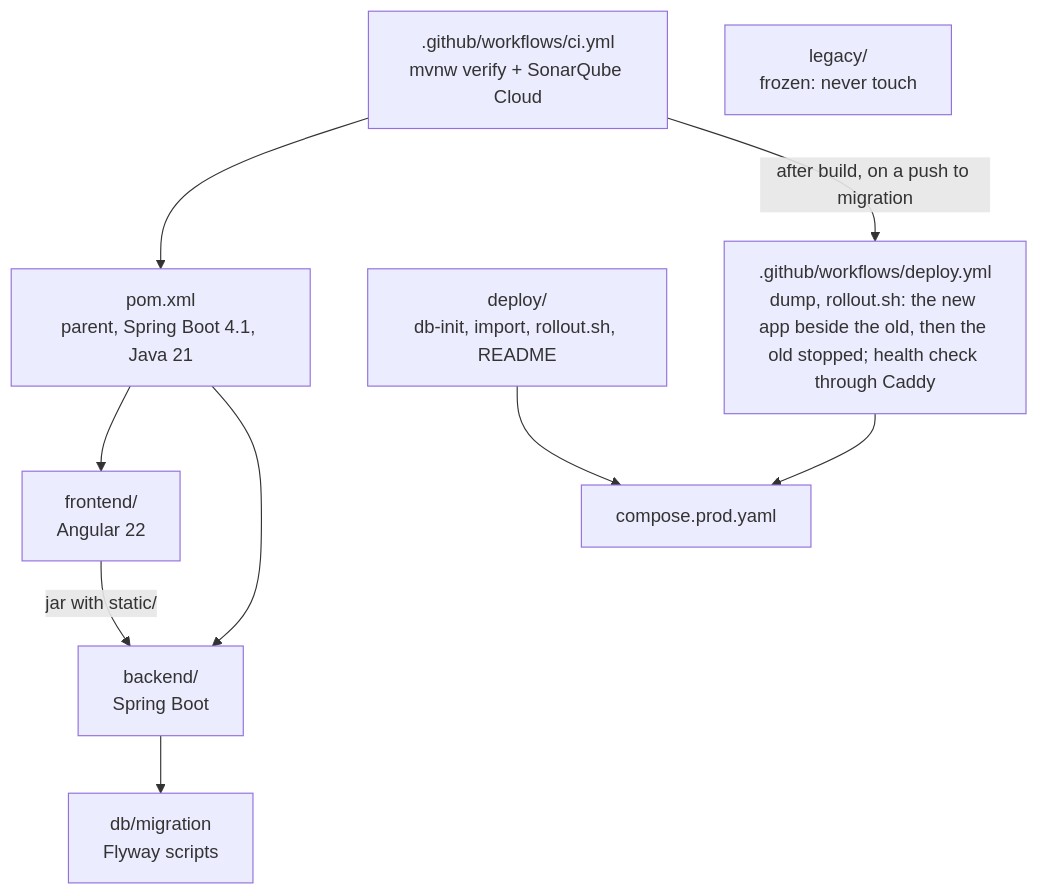
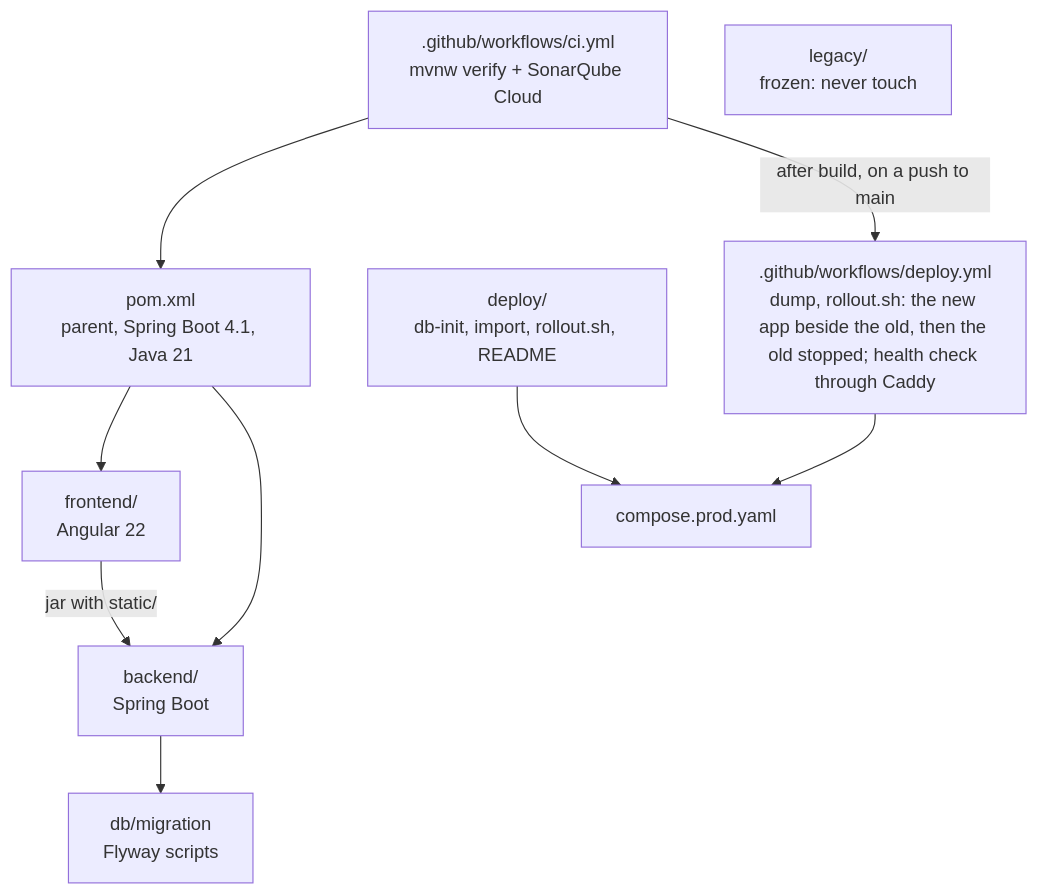
Before and after one commit to irmahs-labs/tournament-leaderboard: the second of 7 diagrams in docs/context-graph.md, drawn with Mermaid. The commit also changed other lines of this file and 5 other files, not shown here.

Commit message:
ci: main is the app's branch and deploys production; the legacy site is asleep

````diff
--- a/docs/context-graph.md
+++ b/docs/context-graph.md
@@ -25,12 +25,12 @@
 ```mermaid
 flowchart TD
     root[pom.xml<br/>parent, Spring Boot 4.1, Java 21] --> fe[frontend/<br/>Angular 22]
     root --> be[backend/<br/>Spring Boot]
     fe -->|jar with static/| be
     be --> mig[db/migration<br/>Flyway scripts]
     deploy[deploy/<br/>db-init, import, rollout.sh, README] --> prod[compose.prod.yaml]
     ci[.github/workflows/ci.yml<br/>mvnw verify + SonarQube Cloud] --> root
-    ci -->|"after build, on a push to migration"| dep[.github/workflows/deploy.yml<br/>dump, rollout.sh: the new app beside the old, then the old stopped; health check through Caddy]
+    ci -->|"after build, on a push to main"| dep[.github/workflows/deploy.yml<br/>dump, rollout.sh: the new app beside the old, then the old stopped; health check through Caddy]
     dep --> prod
     legacy[legacy/<br/>frozen: never touch]
 ```
````
